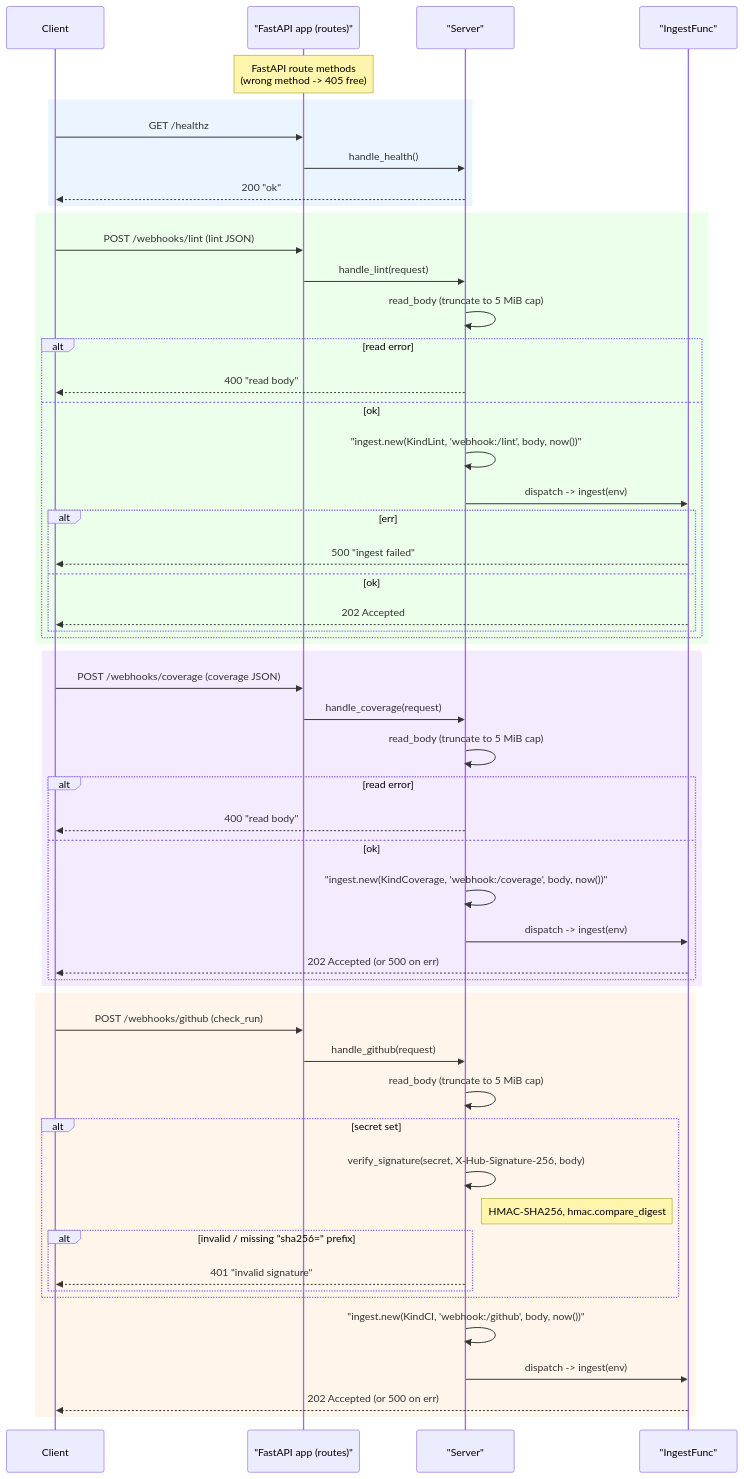
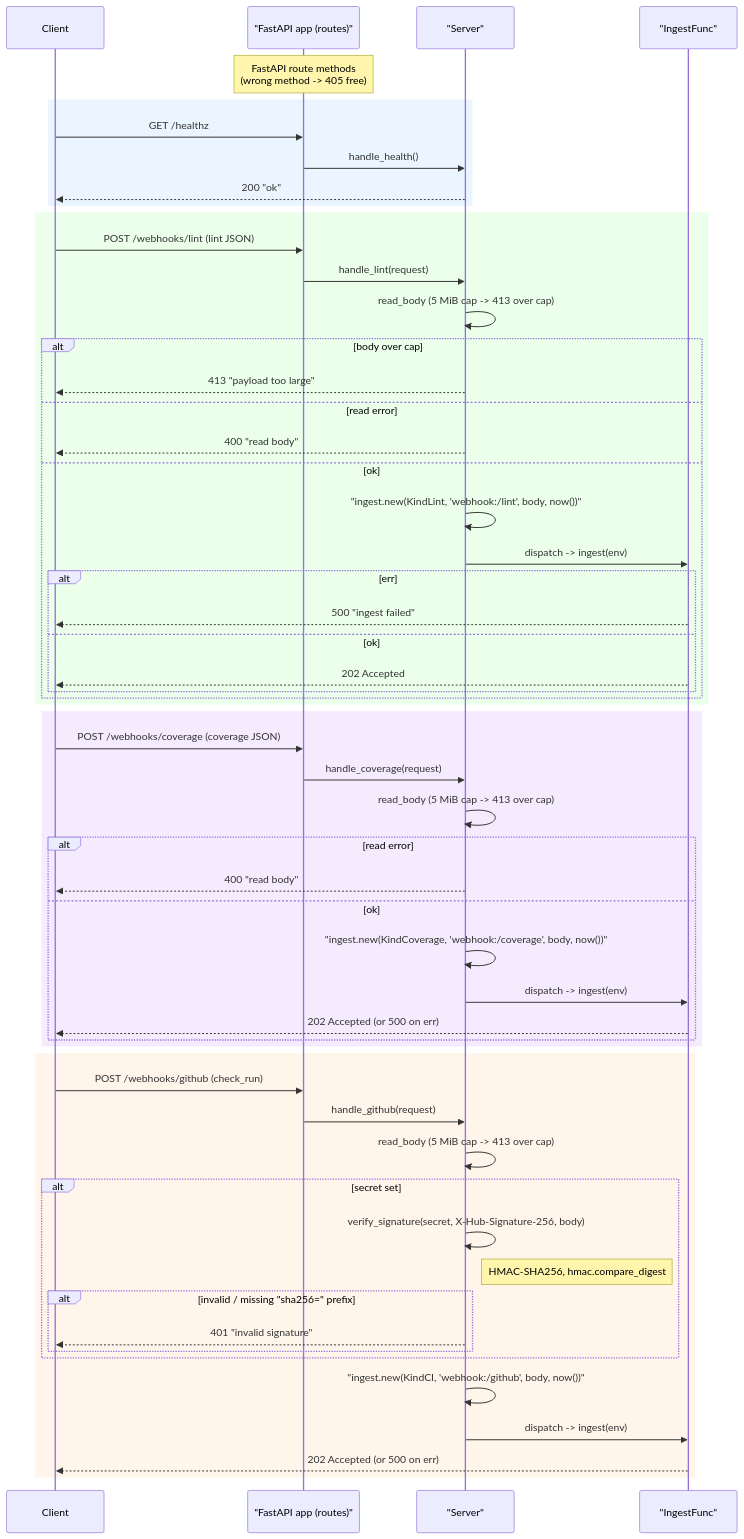
One commit to jkjamies/automation-agent changed the diagram in python/automation_agent/webhook/AGENTS.md. Above: the diagram before and after it, drawn with Mermaid. The commit also changed other lines of this file and 18 other files, not shown here.

````diff
--- a/python/automation_agent/webhook/AGENTS.md
+++ b/python/automation_agent/webhook/AGENTS.md
@@ -9,61 +9,63 @@
 ```mermaid
 sequenceDiagram
     participant Client
     participant App as "FastAPI app (routes)"
     participant Srv as "Server"
     participant Ingest as "IngestFunc"
 
     Note over App: FastAPI route methods<br/>(wrong method -> 405 free)
 
     rect rgb(235,245,255)
     Client->>App: GET /healthz
     App->>Srv: handle_health()
     Srv-->>Client: 200 "ok"
     end
 
     rect rgb(235,255,235)
     Client->>App: POST /webhooks/lint (lint JSON)
     App->>Srv: handle_lint(request)
-    Srv->>Srv: read_body (truncate to 5 MiB cap)
-    alt read error
+    Srv->>Srv: read_body (5 MiB cap -> 413 over cap)
+    alt body over cap
+        Srv-->>Client: 413 "payload too large"
+    else read error
         Srv-->>Client: 400 "read body"
     else ok
         Srv->>Srv: "ingest.new(KindLint, 'webhook:/lint', body, now())"
         Srv->>Ingest: dispatch -> ingest(env)
         alt err
             Ingest-->>Client: 500 "ingest failed"
         else ok
             Ingest-->>Client: 202 Accepted
         end
     end
     end
 
     rect rgb(245,235,255)
     Client->>App: POST /webhooks/coverage (coverage JSON)
     App->>Srv: handle_coverage(request)
-    Srv->>Srv: read_body (truncate to 5 MiB cap)
+    Srv->>Srv: read_body (5 MiB cap -> 413 over cap)
     alt read error
         Srv-->>Client: 400 "read body"
     else ok
         Srv->>Srv: "ingest.new(KindCoverage, 'webhook:/coverage', body, now())"
         Srv->>Ingest: dispatch -> ingest(env)
         Ingest-->>Client: 202 Accepted (or 500 on err)
     end
     end
 
     rect rgb(255,245,235)
     Client->>App: POST /webhooks/github (check_run)
     App->>Srv: handle_github(request)
-    Srv->>Srv: read_body (truncate to 5 MiB cap)
+    Srv->>Srv: read_body (5 MiB cap -> 413 over cap)
     alt secret set
         Srv->>Srv: verify_signature(secret, X-Hub-Signature-256, body)
         Note right of Srv: HMAC-SHA256, hmac.compare_digest
         alt invalid / missing "sha256=" prefix
             Srv-->>Client: 401 "invalid signature"
         end
     end
     Srv->>Srv: "ingest.new(KindCI, 'webhook:/github', body, now())"
     Srv->>Ingest: dispatch -> ingest(env)
     Ingest-->>Client: 202 Accepted (or 500 on err)
     end
 ```
````
